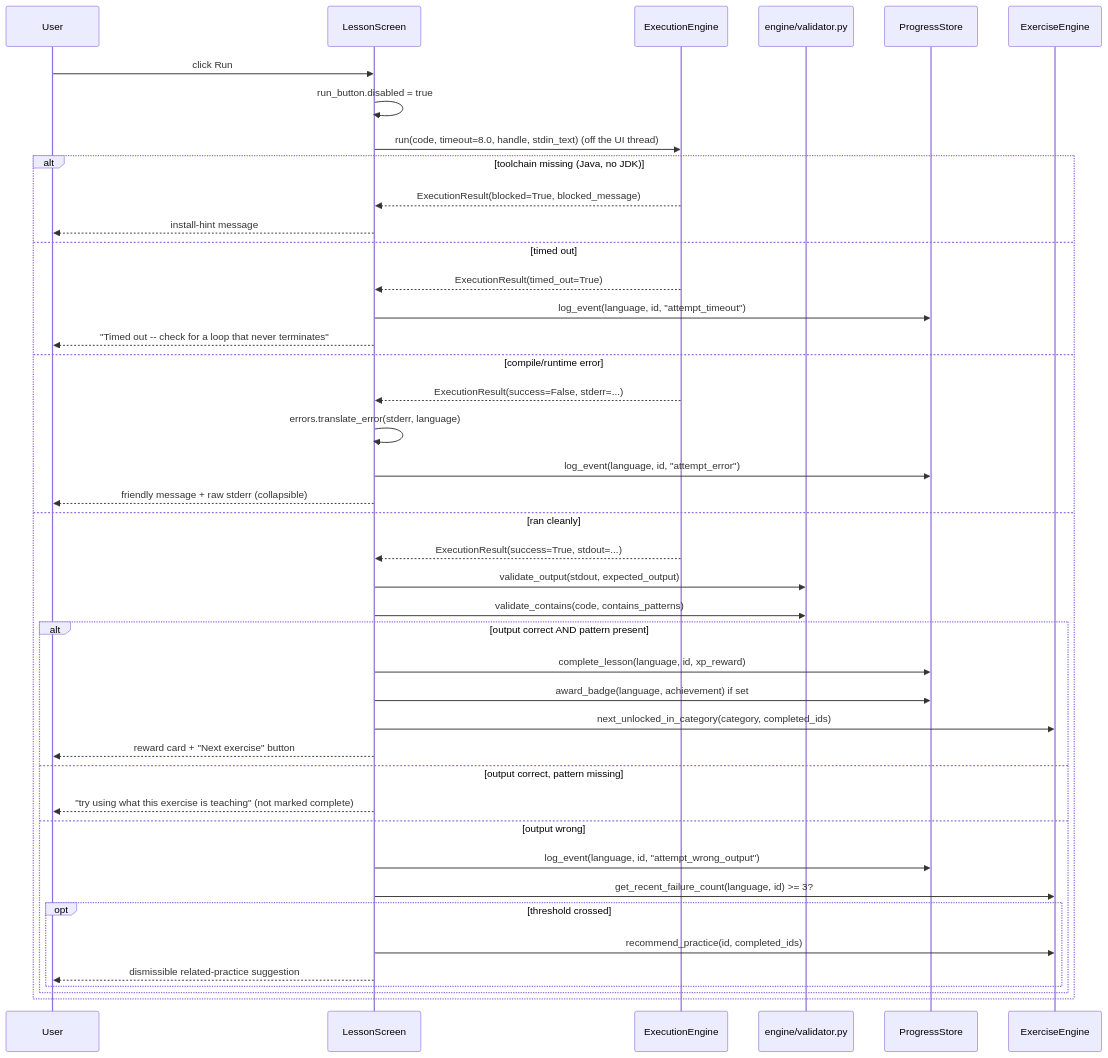
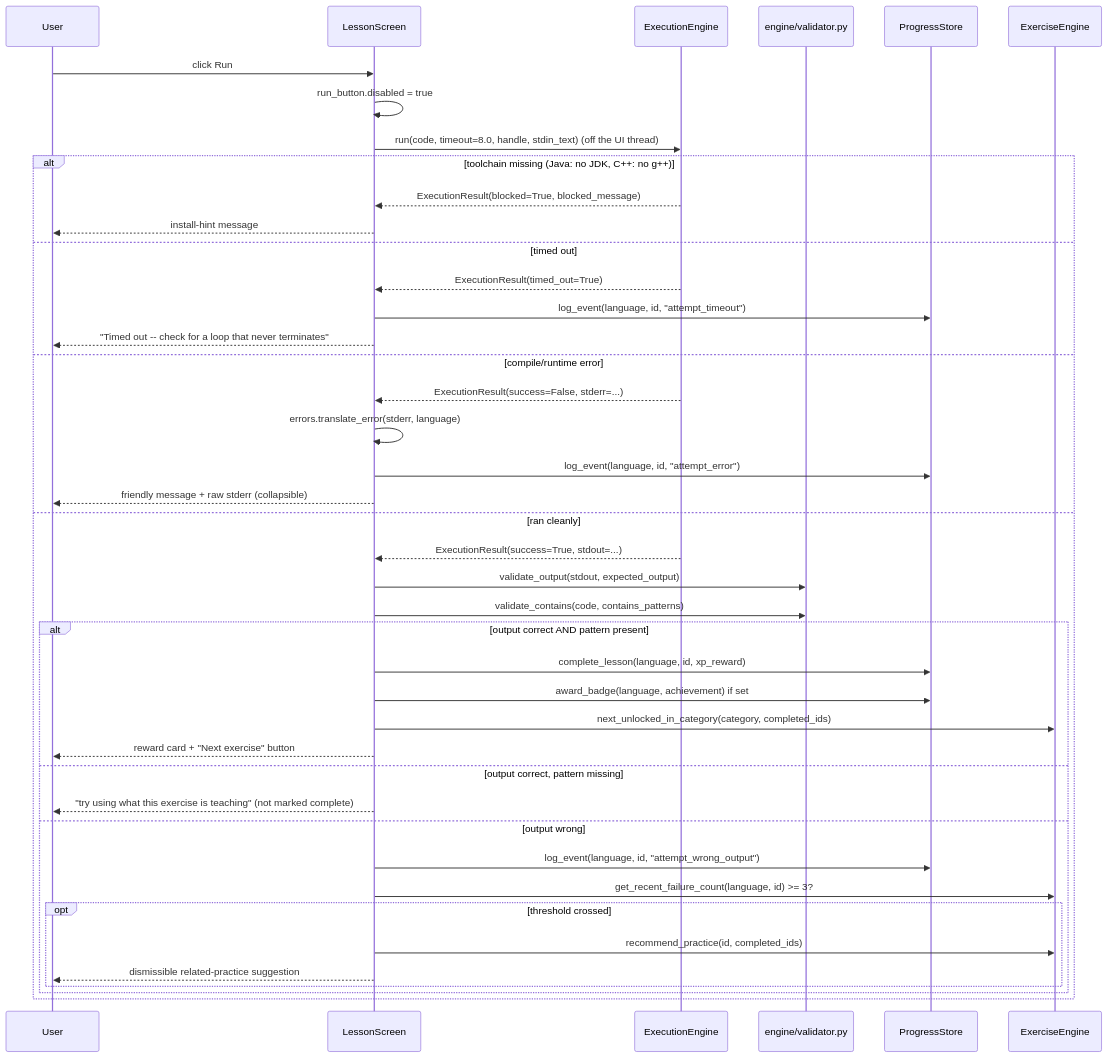
One commit to shreejitpanchal/coding-adventure changed the sixth of 9 diagrams in docs/ARCHITECTURE.md. Above: the diagram before and after it, drawn with Mermaid. The commit also changed other lines of this file and 39 other files, not shown here.

````diff
--- a/docs/ARCHITECTURE.md
+++ b/docs/ARCHITECTURE.md
@@ -342,45 +350,45 @@
 ```mermaid
 sequenceDiagram
     participant User
     participant Screen as LessonScreen
     participant Engine as ExecutionEngine
     participant Validator as engine/validator.py
     participant Store as ProgressStore
     participant ExEngine as ExerciseEngine
 
     User->>Screen: click Run
     Screen->>Screen: run_button.disabled = true
     Screen->>Engine: run(code, timeout=8.0, handle, stdin_text) (off the UI thread)
-    alt toolchain missing (Java, no JDK)
+    alt toolchain missing (Java: no JDK, C++: no g++)
         Engine-->>Screen: ExecutionResult(blocked=True, blocked_message)
         Screen-->>User: install-hint message
     else timed out
         Engine-->>Screen: ExecutionResult(timed_out=True)
         Screen->>Store: log_event(language, id, "attempt_timeout")
         Screen-->>User: "Timed out -- check for a loop that never terminates"
     else compile/runtime error
         Engine-->>Screen: ExecutionResult(success=False, stderr=...)
         Screen->>Screen: errors.translate_error(stderr, language)
         Screen->>Store: log_event(language, id, "attempt_error")
         Screen-->>User: friendly message + raw stderr (collapsible)
     else ran cleanly
         Engine-->>Screen: ExecutionResult(success=True, stdout=...)
         Screen->>Validator: validate_output(stdout, expected_output)
         Screen->>Validator: validate_contains(code, contains_patterns)
         alt output correct AND pattern present
             Screen->>Store: complete_lesson(language, id, xp_reward)
             Screen->>Store: award_badge(language, achievement) if set
             Screen->>ExEngine: next_unlocked_in_category(category, completed_ids)
             Screen-->>User: reward card + "Next exercise" button
         else output correct, pattern missing
             Screen-->>User: "try using what this exercise is teaching" (not marked complete)
         else output wrong
             Screen->>Store: log_event(language, id, "attempt_wrong_output")
             Screen->>ExEngine: get_recent_failure_count(language, id) >= 3?
             opt threshold crossed
                 Screen->>ExEngine: recommend_practice(id, completed_ids)
                 Screen-->>User: dismissible related-practice suggestion
             end
         end
     end
 ```
````
